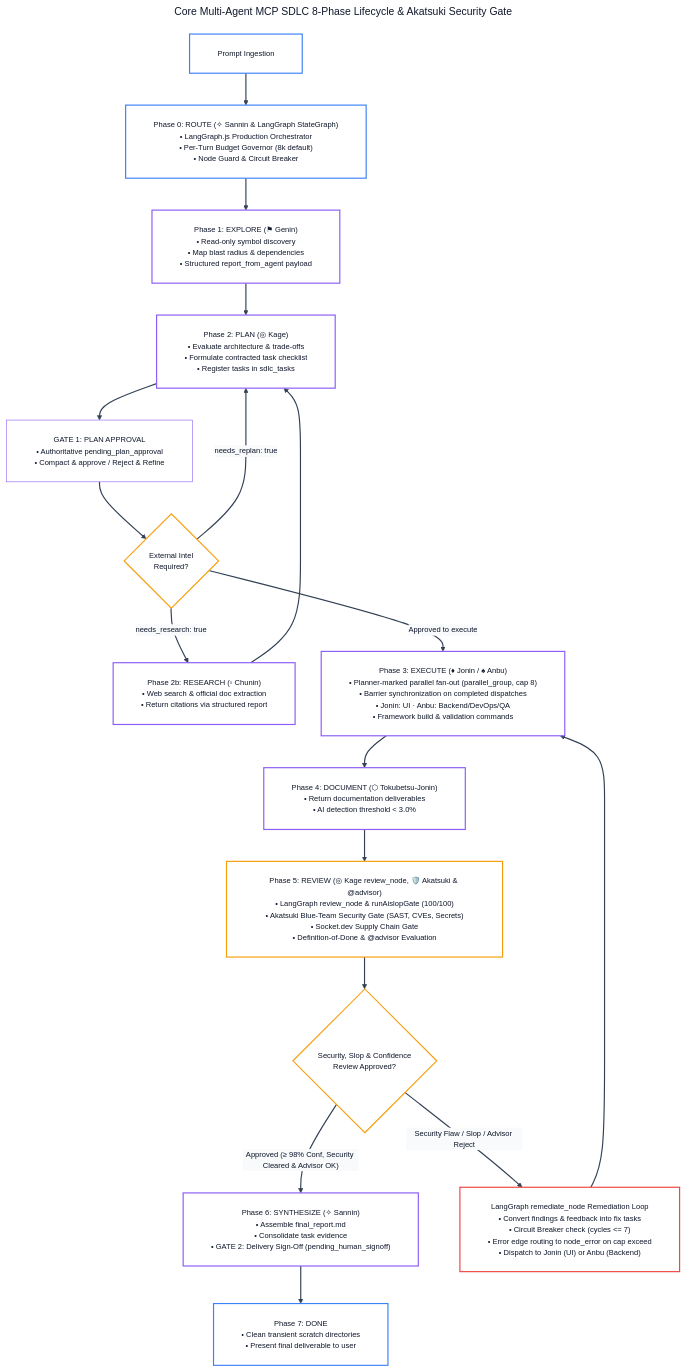
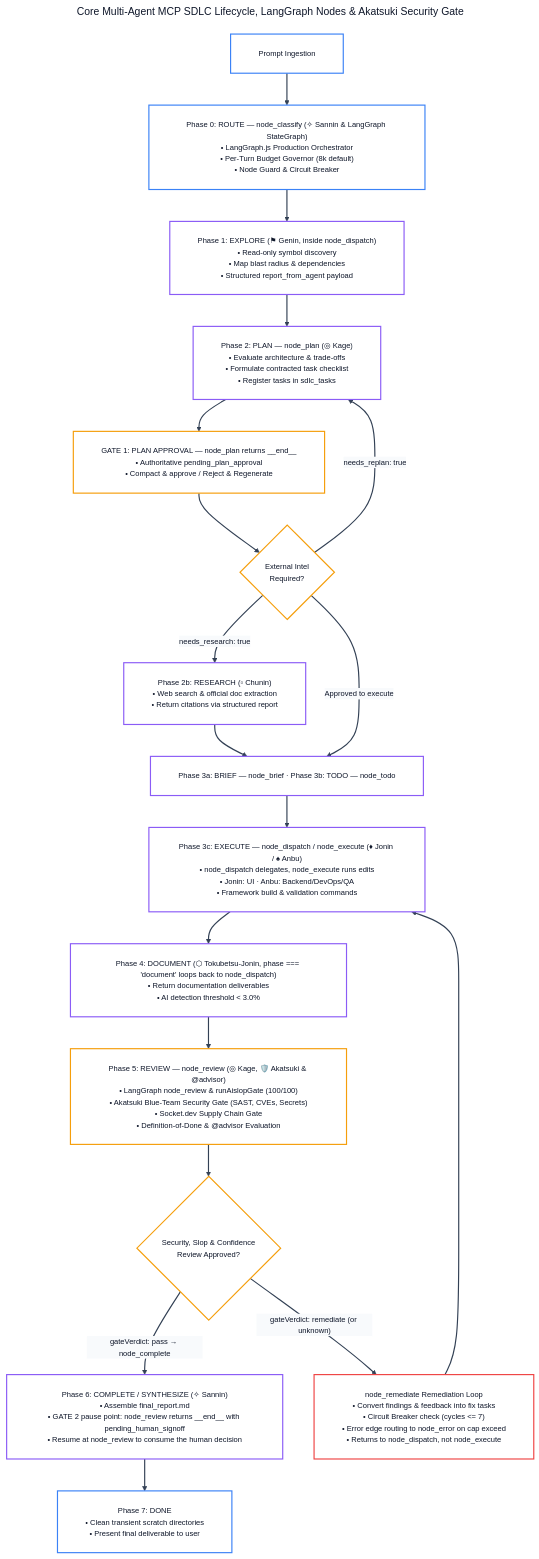
Before and after one commit to andycungkrinx91/konoha: the second of 19 diagrams in docs/ALL-WORKFLOW-DIAGRAMS.md, drawn with Mermaid. The commit also changed other lines of this file and 184 other files, not shown here.

````diff
--- a/docs/ALL-WORKFLOW-DIAGRAMS.md
+++ b/docs/ALL-WORKFLOW-DIAGRAMS.md
@@ -116,59 +116,60 @@
 ```mermaid
 ---
-title: Core Multi-Agent MCP SDLC 8-Phase Lifecycle & Akatsuki Security Gate
+title: Core Multi-Agent MCP SDLC Lifecycle, LangGraph Nodes & Akatsuki Security Gate
 config:
   theme: base
   themeVariables:
     darkMode: false
     background: '#ffffff'
     mainBkg: '#ffffff'
     primaryColor: '#ffffff'
     primaryTextColor: '#0f172a'
     primaryBorderColor: '#8b5cf6'
     lineColor: '#334155'
     arrowheadColor: '#334155'
     secondaryColor: '#f8fafc'
     tertiaryColor: '#ffffff'
     fontFamily: 'Inter, system-ui, -apple-system, sans-serif'
     fontSize: '13px'
   flowchart:
     nodeSpacing: 45
     rankSpacing: 55
     padding: 24
     wrappingWidth: 380
 ---
 flowchart TD
-    Init["Prompt Ingestion"] --> Phase0["Phase 0: ROUTE (✧ Sannin &amp; LangGraph StateGraph)<br/>• LangGraph.js Production Orchestrator<br/>• Per-Turn Budget Governor (8k default)<br/>• Node Guard &amp; Circuit Breaker"]
-    Phase0 --> Phase1["Phase 1: EXPLORE (⚑ Genin)<br/>• Read-only symbol discovery<br/>• Map blast radius &amp; dependencies<br/>• Structured report_from_agent payload"]
-    Phase1 --> Phase2["Phase 2: PLAN (◎ Kage)<br/>• Evaluate architecture &amp; trade-offs<br/>• Formulate contracted task checklist<br/>• Register tasks in sdlc_tasks"]
+    Init["Prompt Ingestion"] --> Phase0["Phase 0: ROUTE — node_classify (✧ Sannin &amp; LangGraph StateGraph)<br/>• LangGraph.js Production Orchestrator<br/>• Per-Turn Budget Governor (8k default)<br/>• Node Guard &amp; Circuit Breaker"]
+    Phase0 --> Phase1["Phase 1: EXPLORE (⚑ Genin, inside node_dispatch)<br/>• Read-only symbol discovery<br/>• Map blast radius &amp; dependencies<br/>• Structured report_from_agent payload"]
+    Phase1 --> Phase2["Phase 2: PLAN — node_plan (◎ Kage)<br/>• Evaluate architecture &amp; trade-offs<br/>• Formulate contracted task checklist<br/>• Register tasks in sdlc_tasks"]
 
-    Phase2 --> Gate1["GATE 1: PLAN APPROVAL<br/>• Authoritative pending_plan_approval<br/>• Compact &amp; approve / Reject &amp; Refine"]
+    Phase2 --> Gate1["GATE 1: PLAN APPROVAL — node_plan returns __end__<br/>• Authoritative pending_plan_approval<br/>• Compact &amp; approve / Reject &amp; Regenerate"]
     Gate1 --> CheckResearch{"External Intel<br/>Required?"}
     CheckResearch -- "needs_research: true" --> Phase2b["Phase 2b: RESEARCH (▫ Chunin)<br/>• Web search &amp; official doc extraction<br/>• Return citations via structured report"]
-    Phase2b --> Phase2
+    Phase2b --> Gate2A["Phase 3a: BRIEF — node_brief · Phase 3b: TODO — node_todo"]
     CheckResearch -- "needs_replan: true" --> Phase2
-    CheckResearch -- "Approved to execute" --> Phase3["Phase 3: EXECUTE (♦ Jonin / ♠ Anbu)<br/>• Planner-marked parallel fan-out (parallel_group, cap 8)<br/>• Barrier synchronization on completed dispatches<br/>• Jonin: UI · Anbu: Backend/DevOps/QA<br/>• Framework build &amp; validation commands"]
+    CheckResearch -- "Approved to execute" --> Gate2A
+    Gate2A --> Phase3["Phase 3c: EXECUTE — node_dispatch / node_execute (♦ Jonin / ♠ Anbu)<br/>• node_dispatch delegates, node_execute runs edits<br/>• Jonin: UI · Anbu: Backend/DevOps/QA<br/>• Framework build &amp; validation commands"]
 
-    Phase3 --> Phase4["Phase 4: DOCUMENT (⬡ Tokubetsu-Jonin)<br/>• Return documentation deliverables<br/>• AI detection threshold &lt; 3.0%"]
-    Phase4 --> Phase5["Phase 5: REVIEW (◎ Kage review_node, 🛡️ Akatsuki &amp; @advisor)<br/>• LangGraph review_node &amp; runAislopGate (100/100)<br/>• Akatsuki Blue-Team Security Gate (SAST, CVEs, Secrets)<br/>• Socket.dev Supply Chain Gate<br/>• Definition-of-Done &amp; @advisor Evaluation"]
+    Phase3 --> Phase4["Phase 4: DOCUMENT (⬡ Tokubetsu-Jonin, phase === 'document' loops back to node_dispatch)<br/>• Return documentation deliverables<br/>• AI detection threshold &lt; 3.0%"]
+    Phase4 --> Phase5["Phase 5: REVIEW — node_review (◎ Kage, 🛡️ Akatsuki &amp; @advisor)<br/>• LangGraph node_review &amp; runAislopGate (100/100)<br/>• Akatsuki Blue-Team Security Gate (SAST, CVEs, Secrets)<br/>• Socket.dev Supply Chain Gate<br/>• Definition-of-Done &amp; @advisor Evaluation"]
 
     Phase5 --> CheckReview{"Security, Slop &amp; Confidence<br/>Review Approved?"}
-    CheckReview -- "Approved (≥ 98% Conf, Security Cleared &amp; Advisor OK)" --> Phase6["Phase 6: SYNTHESIZE (✧ Sannin)<br/>• Assemble final_report.md<br/>• Consolidate task evidence<br/>• GATE 2: Delivery Sign-Off (pending_human_signoff)"]
+    CheckReview -- "gateVerdict: pass → node_complete" --> Phase6["Phase 6: COMPLETE / SYNTHESIZE (✧ Sannin)<br/>• Assemble final_report.md<br/>• GATE 2 pause point: node_review returns __end__ with pending_human_signoff<br/>• Resume at node_review to consume the human decision"]
     Phase6 --> Phase7["Phase 7: DONE<br/>• Clean transient scratch directories<br/>• Present final deliverable to user"]
 
-    CheckReview -- "Security Flaw / Slop / Advisor Reject" --> Remediation["LangGraph remediate_node Remediation Loop<br/>• Convert findings &amp; feedback into fix tasks<br/>• Circuit Breaker check (cycles &lt;= 7)<br/>• Error edge routing to node_error on cap exceed<br/>• Dispatch to Jonin (UI) or Anbu (Backend)"]
+    CheckReview -- "gateVerdict: remediate (or unknown)" --> Remediation["node_remediate Remediation Loop<br/>• Convert findings &amp; feedback into fix tasks<br/>• Circuit Breaker check (cycles &lt;= 7)<br/>• Error edge routing to node_error on cap exceed<br/>• Returns to node_dispatch, not node_execute"]
     Remediation --> Phase3
 
     linkStyle default stroke:#334155,stroke-width:2px;
 
     classDef routeNode fill:#ffffff,stroke:#3b82f6,color:#0f172a,stroke-width:2px;
     classDef executeNode fill:#ffffff,stroke:#8b5cf6,color:#0f172a,stroke-width:2px;
     classDef reviewNode fill:#ffffff,stroke:#f59e0b,color:#0f172a,stroke-width:2px;
     classDef failNode fill:#ffffff,stroke:#ef4444,color:#0f172a,stroke-width:2px;
     classDef passNode fill:#ffffff,stroke:#10b981,color:#0f172a,stroke-width:2px;
 
     class Init,Phase0,Phase7 routeNode;
-    class Phase1,Phase2,Phase2b,Phase3,Phase4,Phase6 executeNode;
-    class Phase5,CheckReview,CheckResearch reviewNode;
+    class Phase1,Phase2,Phase2b,Gate2A,Phase3,Phase4,Phase6 executeNode;
+    class Phase5,CheckReview,CheckResearch,Gate1 reviewNode;
     class Remediation failNode;
 ```
````
